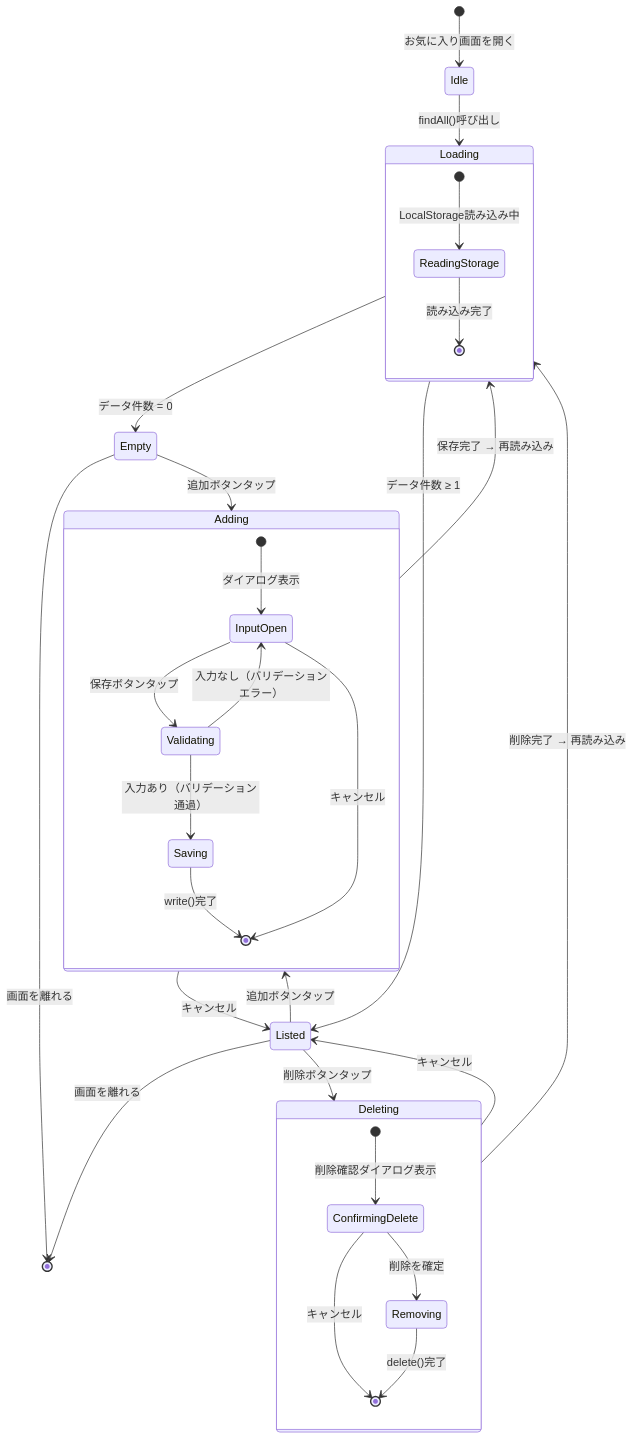
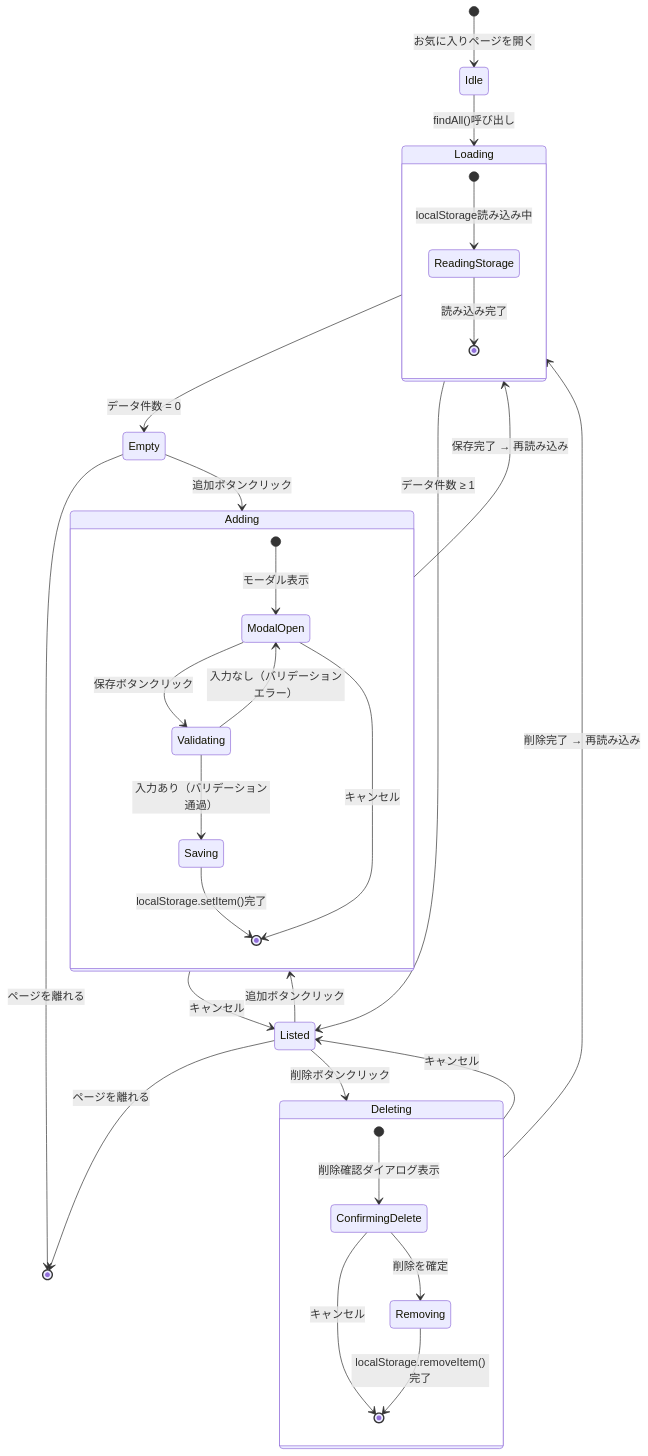
Before and after one commit to tsukushi-81/apri: the eighth of 8 diagrams in README.md, drawn with Mermaid. The commit also changed other lines of this file, not shown here.

````diff
--- a/README.md
+++ b/README.md
@@ -502,42 +561,42 @@
 ```mermaid
 stateDiagram-v2
-  [*] --> Idle : お気に入り画面を開く
+  [*] --> Idle : お気に入りページを開く
 
   Idle --> Loading : findAll()呼び出し
 
   state Loading {
-    [*] --> ReadingStorage : LocalStorage読み込み中
+    [*] --> ReadingStorage : localStorage読み込み中
     ReadingStorage --> [*] : 読み込み完了
   }
 
   Loading --> Empty : データ件数 = 0
   Loading --> Listed : データ件数 ≥ 1
 
-  Empty --> Adding : 追加ボタンタップ
-  Listed --> Adding : 追加ボタンタップ
-  Listed --> Deleting : 削除ボタンタップ
+  Empty --> Adding : 追加ボタンクリック
+  Listed --> Adding : 追加ボタンクリック
+  Listed --> Deleting : 削除ボタンクリック
 
   state Adding {
-    [*] --> InputOpen : ダイアログ表示
-    InputOpen --> Validating : 保存ボタンタップ
+    [*] --> ModalOpen : モーダル表示
+    ModalOpen --> Validating : 保存ボタンクリック
     Validating --> Saving : 入力あり（バリデーション通過）
-    Validating --> InputOpen : 入力なし（バリデーションエラー）
-    Saving --> [*] : write()完了
-    InputOpen --> [*] : キャンセル
+    Validating --> ModalOpen : 入力なし（バリデーションエラー）
+    Saving --> [*] : localStorage.setItem()完了
+    ModalOpen --> [*] : キャンセル
   }
 
   state Deleting {
     [*] --> ConfirmingDelete : 削除確認ダイアログ表示
     ConfirmingDelete --> Removing : 削除を確定
     ConfirmingDelete --> [*] : キャンセル
-    Removing --> [*] : delete()完了
+    Removing --> [*] : localStorage.removeItem()完了
   }
 
   Adding --> Loading : 保存完了 → 再読み込み
   Adding --> Listed : キャンセル
   Deleting --> Loading : 削除完了 → 再読み込み
   Deleting --> Listed : キャンセル
 
-  Empty --> [*] : 画面を離れる
-  Listed --> [*] : 画面を離れる
+  Empty --> [*] : ページを離れる
+  Listed --> [*] : ページを離れる
 ```
````
